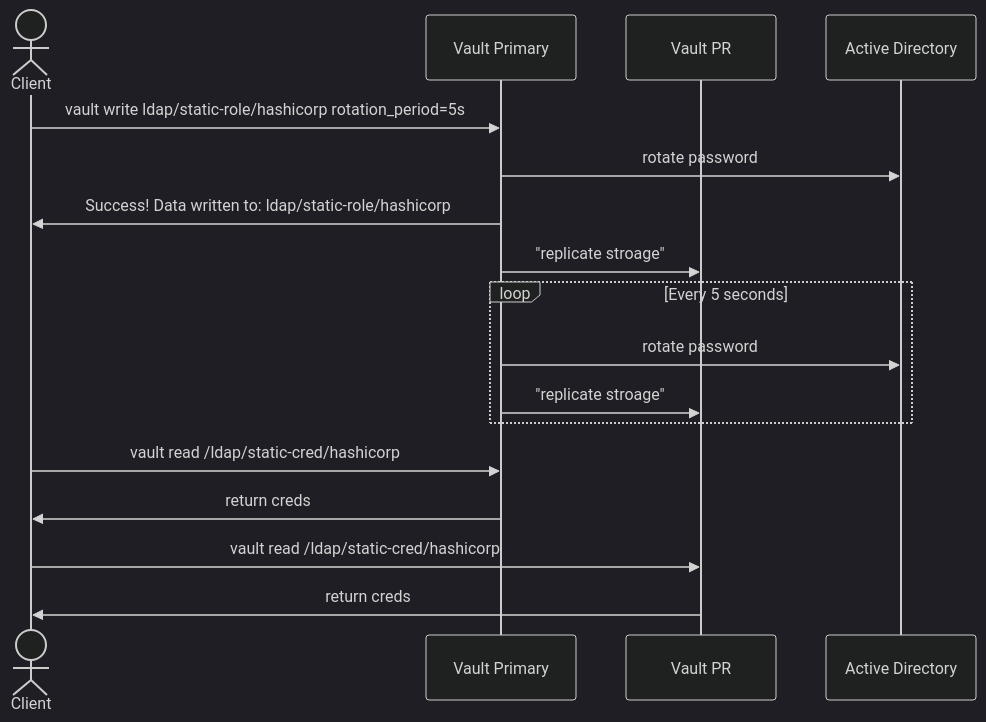
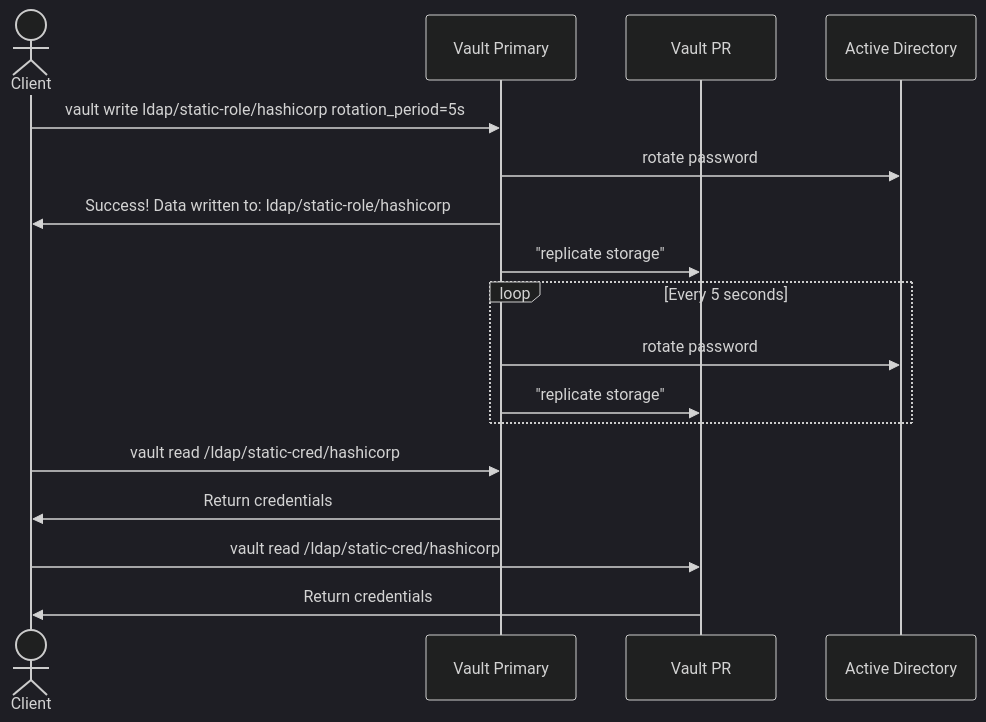
One commit to tallen-hashicorp/vault-pr-ad-testing changed the third of 3 diagrams in README.md. Above: the diagram before and after it, drawn with Mermaid (dark theme). The commit also changed other lines of this file, not shown here.

````diff
--- a/README.md
+++ b/README.md
@@ -220,19 +231,19 @@
 ```mermaid
 sequenceDiagram
     actor c as Client
     participant vp as Vault Primary
     participant vpr as Vault PR
     participant ad as Active Directory
     c->>vp: vault write ldap/static-role/hashicorp rotation_period=5s
     vp->>ad: rotate password
     vp->>c: Success! Data written to: ldap/static-role/hashicorp
-    vp->>vpr: "replicate stroage"
+    vp->>vpr: "replicate storage"
     loop Every 5 seconds
         vp->>ad: rotate password
-        vp->>vpr: "replicate stroage"
+        vp->>vpr: "replicate storage"
     end
-    c->>vp:vault read /ldap/static-cred/hashicorp
-    vp->>c:return creds
-    c->>vpr:vault read /ldap/static-cred/hashicorp
-    vpr->>c:return creds
+    c->>vp: vault read /ldap/static-cred/hashicorp
+    vp->>c: Return credentials
+    c->>vpr: vault read /ldap/static-cred/hashicorp
+    vpr->>c: Return credentials
 ```
````
